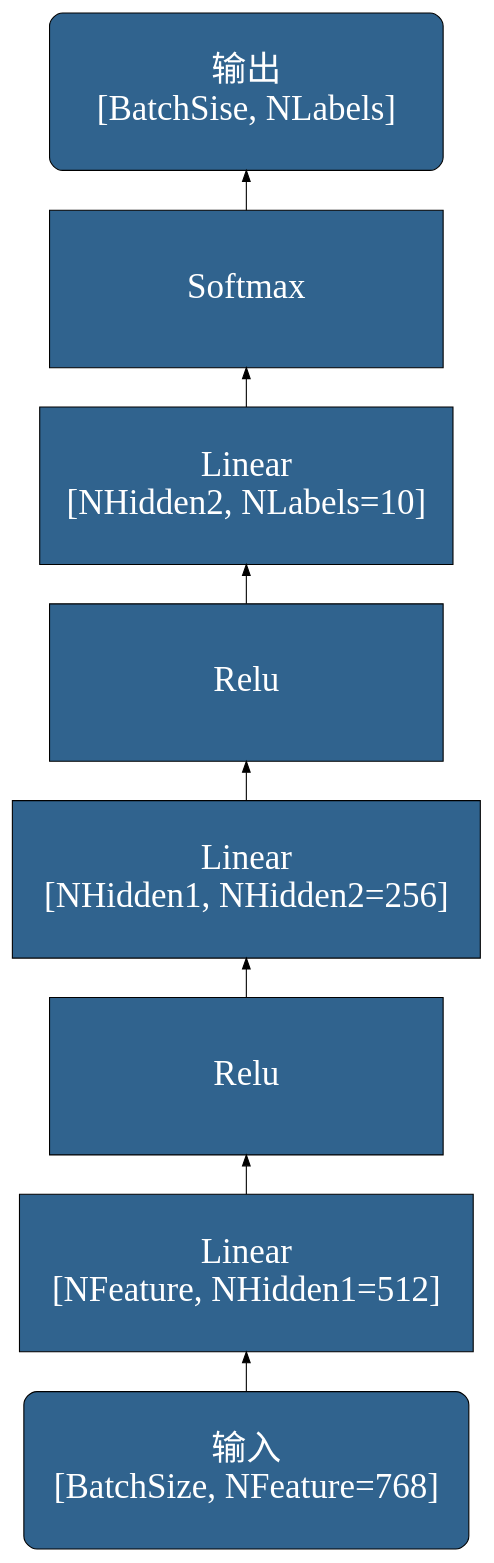
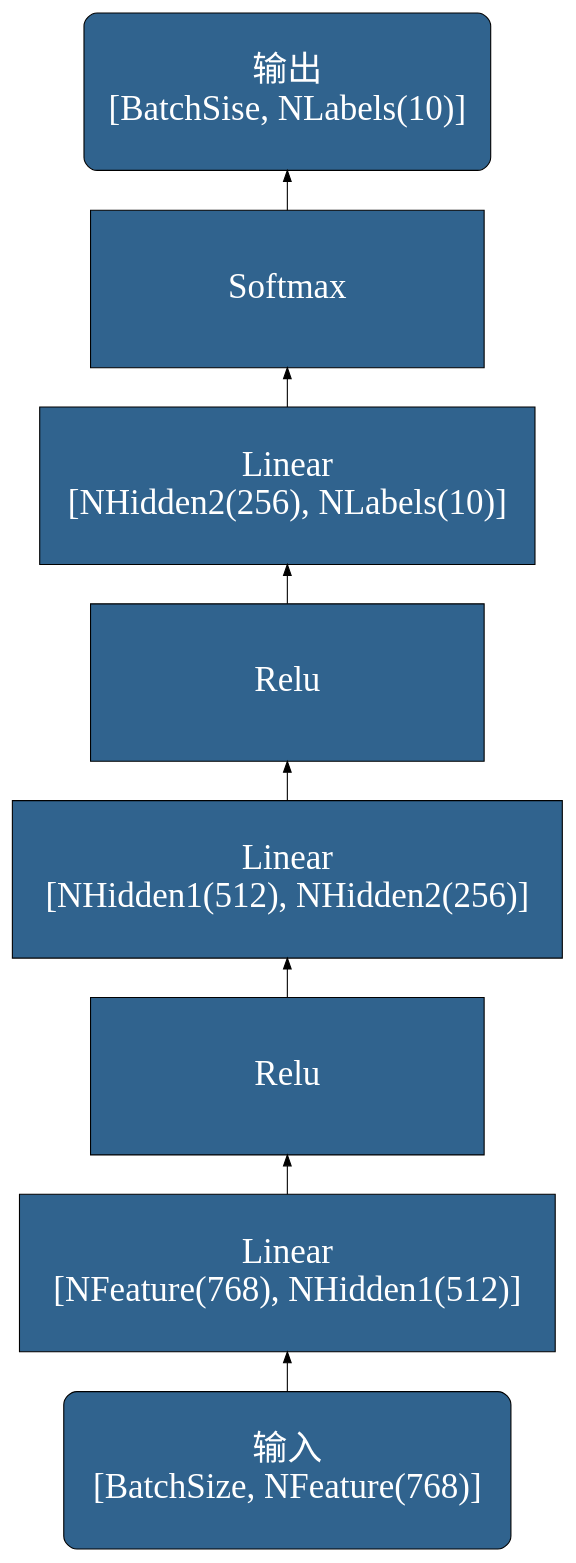
One commit to OpenDocCN/python-code-anls changed the diagram in docs/basic_dl_arch/2_MLP.dot. Above: the diagram before and after it, drawn with Graphviz. The commit also changed 4 other files, not shown here.

```diff
--- a/docs/basic_dl_arch/2_MLP.dot
+++ b/docs/basic_dl_arch/2_MLP.dot
@@ -1,31 +1,26 @@
 digraph MLP {
 	rankdir=BT
     node [
 		style=filled, 
 		color=Black
 		fontcolor=White, 
 		fillcolor="#30638e", 
 		fontname="SimHei",
 		fontsize=32,
 		width=5, height=2,
 		shape="box",
 	]
 	
 	
-	inp     [label="输入\n[BatchSize, NFeature=768]", shape="Mrecord"]
-	ll1     [label="Linear\n[NFeature, NHidden1=512]"]
+	inp     [label="输入\n[BatchSize, NFeature(768)]", shape="Mrecord"]
+	ll1     [label="Linear\n[NFeature(768), NHidden1(512)]"]
     relu1   [label="Relu"]
-    ll2     [label="Linear\n[NHidden1, NHidden2=256]"]
+    ll2     [label="Linear\n[NHidden1(512), NHidden2(256)]"]
     relu2   [label="Relu"]
-    ll3     [label="Linear\n[NHidden2, NLabels=10]"]
+    ll3     [label="Linear\n[NHidden2(256), NLabels(10)]"]
     softmax [label="Softmax"]
-	oup     [label="输出\n[BatchSise, NLabels]", shape="Mrecord"]
+	oup     [label="输出\n[BatchSise, NLabels(10)]", shape="Mrecord"]
 	
-	inp     -> ll1
-    ll1     -> relu1
-    relu1   -> ll2
-    ll2     -> relu2
-    relu2   -> ll3
-    ll3     -> softmax
-	softmax -> oup
+	inp -> ll1 -> relu1 -> ll2 -> relu2
+        -> ll3 -> softmax -> oup
 }
```
